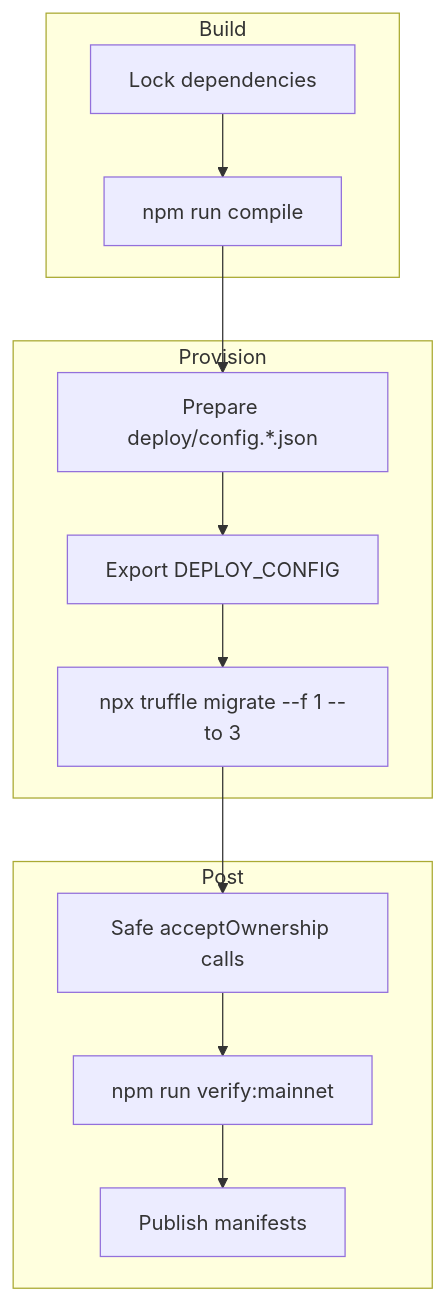
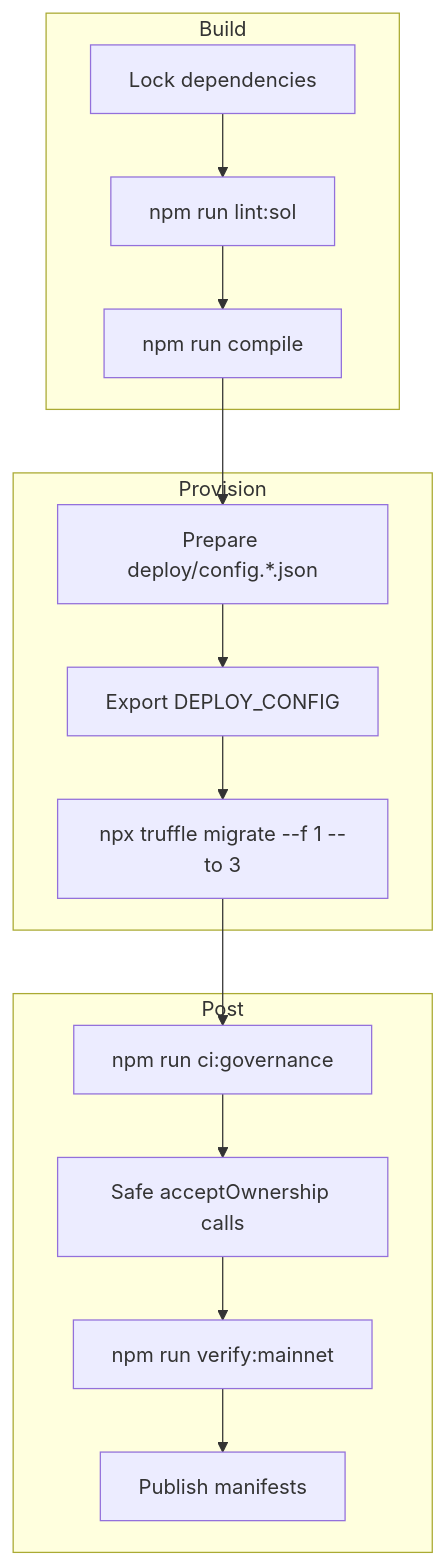
The diagram in deploy/README.md (MontrealAI/agijobs-sovereign-labor-v0p1), drawn with Mermaid before and after one commit. The commit also changed other lines of this file and 10 other files, not shown here.

Commit message:
Add governance audit checks and document CI flow

````diff
--- a/deploy/README.md
+++ b/deploy/README.md
@@ -6,18 +6,20 @@
 ```mermaid
 flowchart TD
     subgraph Build
         A[Lock dependencies]
+        L[npm run lint:sol]
         B[npm run compile]
     end
     subgraph Provision
         C[Prepare deploy/config.*.json]
         D[Export DEPLOY_CONFIG]
         E[npx truffle migrate --f 1 --to 3]
     end
     subgraph Post
-        F[Safe acceptOwnership calls]
-        G[npm run verify:mainnet]
-        H[Publish manifests]
+        F[npm run ci:governance]
+        G[Safe acceptOwnership calls]
+        H[npm run verify:mainnet]
+        I[Publish manifests]
     end
-    A --> B --> C --> D --> E --> F --> G --> H
+    A --> L --> B --> C --> D --> E --> F --> G --> H --> I
 ```
````
